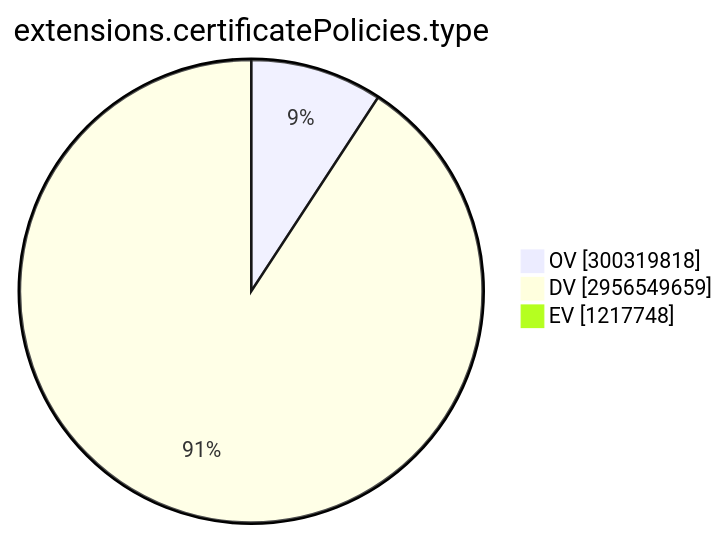
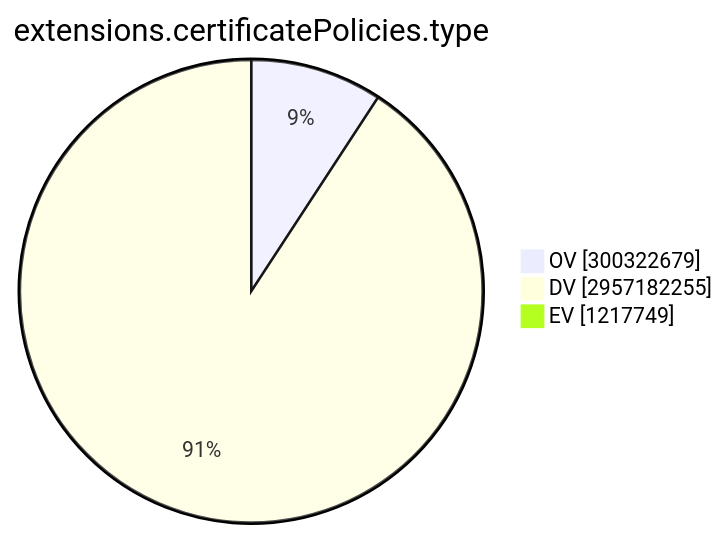
Before and after one commit to christiankrug/ctmonitor_visualization: the ninth of 15 diagrams in TOTAL/README.md, drawn with Mermaid. The commit also changed other lines of this file, not shown here.

````diff
--- a/TOTAL/README.md
+++ b/TOTAL/README.md
@@ -3101,7 +3101,7 @@
 ```mermaid
 pie showData
 title extensions.certificatePolicies.type
-"OV" :300319818
-"DV" :2956549659
-"EV" :1217748
+"OV" :300322679
+"DV" :2957182255
+"EV" :1217749
 ```
````
